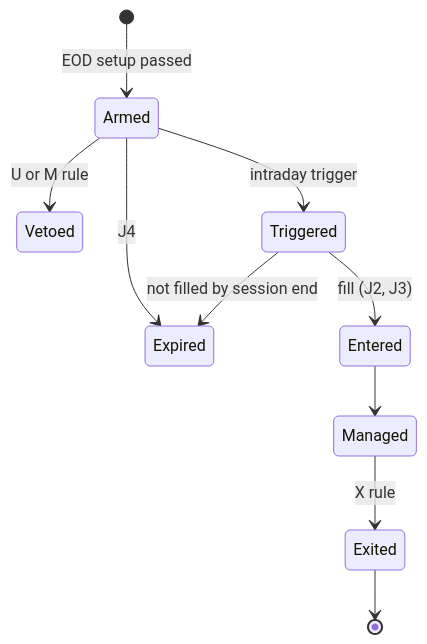
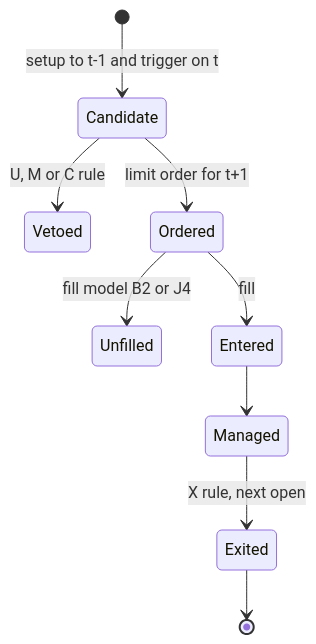
Before and after one commit to hajipourqwe123-cmd/bourse: the second of 2 diagrams in docs/signal-engine-spec.md, drawn with Mermaid. The commit also changed other lines of this file and 3 other files, not shown here.

````diff
--- a/docs/signal-engine-spec.md
+++ b/docs/signal-engine-spec.md
@@ -95,12 +95,11 @@
 ```mermaid
 stateDiagram-v2
-  [*] --> Armed: EOD setup passed
-  Armed --> Vetoed: U or M rule
-  Armed --> Expired: J4
-  Armed --> Triggered: intraday trigger
-  Triggered --> Expired: not filled by session end
-  Triggered --> Entered: fill (J2, J3)
+  [*] --> Candidate: setup to t-1 and trigger on t
+  Candidate --> Vetoed: U, M or C rule
+  Candidate --> Ordered: limit order for t+1
+  Ordered --> Unfilled: fill model B2 or J4
+  Ordered --> Entered: fill
   Entered --> Managed
-  Managed --> Exited: X rule
+  Managed --> Exited: X rule, next open
   Exited --> [*]
 ```
````
